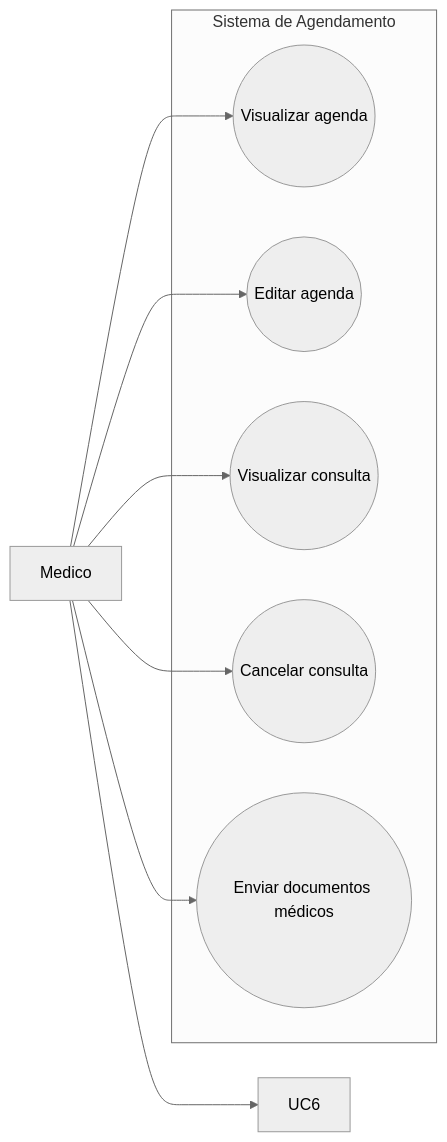
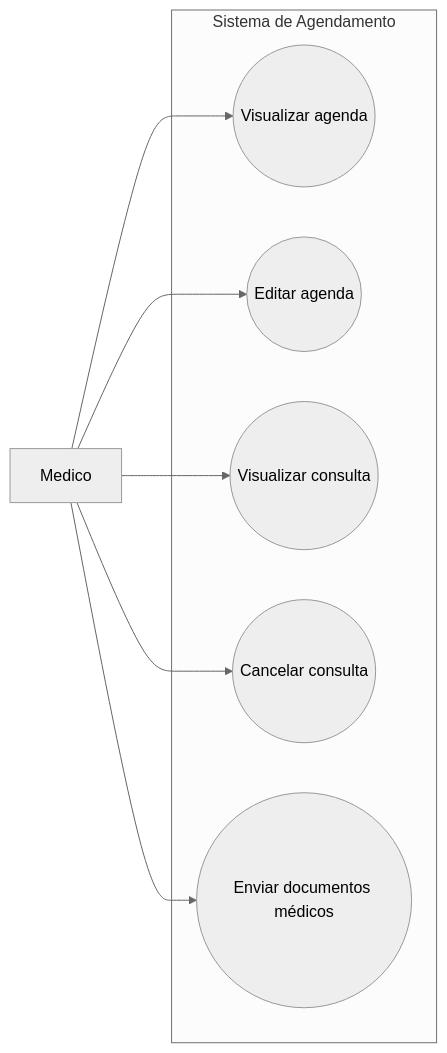
The diagram in docs/casos de uso/medico.md (InsaneCaio/eng-soft-2026-1), drawn with Mermaid (neutral theme) before and after one commit.

````diff
--- a/docs/casos de uso/medico.md
+++ b/docs/casos de uso/medico.md
@@ -13,19 +13,18 @@
 ```mermaid
 flowchart LR
     M[Medico]
 
     subgraph Sistema de Agendamento
         UC1((Visualizar agenda))
         UC2((Editar agenda))
         UC3((Visualizar consulta))
         UC4((Cancelar consulta))
         UC5((Enviar documentos médicos))
     end
 
     M --> UC1
     M --> UC2
     M --> UC3
     M --> UC4
     M --> UC5
-    M --> UC6
 ```
````
